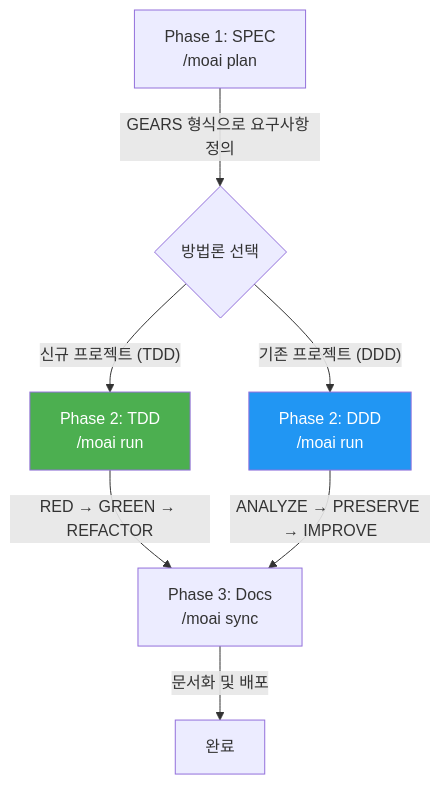
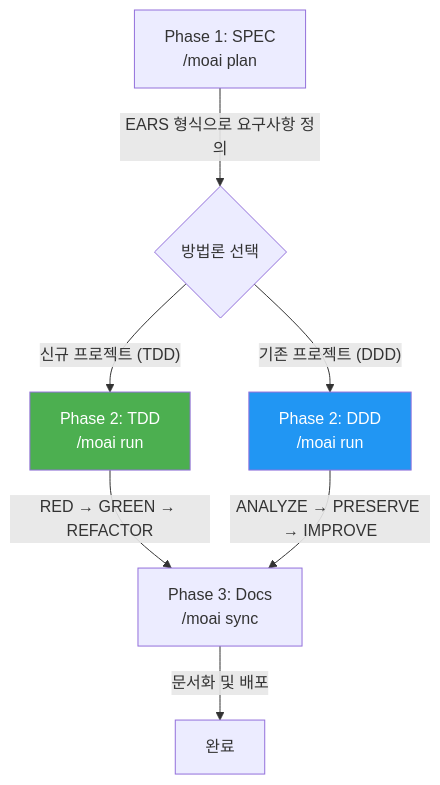
One commit to modu-ai/moai-adk changed the second of 2 diagrams in docs-site/content/ko/getting-started/introduction.md. Above: the diagram before and after it, drawn with Mermaid. The commit also changed other lines of this file and 198 other files, not shown here.

````diff
--- a/docs-site/content/ko/getting-started/introduction.md
+++ b/docs-site/content/ko/getting-started/introduction.md
@@ -213,12 +213,12 @@
 ```mermaid
 flowchart TD
-    A["Phase 1: SPEC<br/>/moai plan"] -->|"GEARS 형식으로 요구사항 정의"| B{"방법론 선택"}
+    A["Phase 1: SPEC<br/>/moai plan"] -->|"EARS 형식으로 요구사항 정의"| B{"방법론 선택"}
     B -->|"신규 프로젝트 (TDD)"| C["Phase 2: TDD<br/>/moai run"]
     B -->|"기존 프로젝트 (DDD)"| D["Phase 2: DDD<br/>/moai run"]
     C -->|"RED → GREEN → REFACTOR"| E["Phase 3: Docs<br/>/moai sync"]
     D -->|"ANALYZE → PRESERVE → IMPROVE"| E
     E -->|"문서화 및 배포"| F["완료"]
 
     style C fill:#4CAF50,color:#fff
     style D fill:#2196F3,color:#fff
 ```
````
